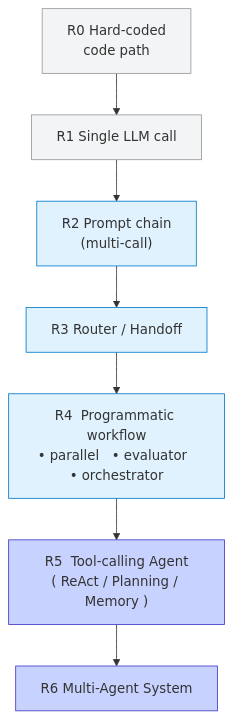
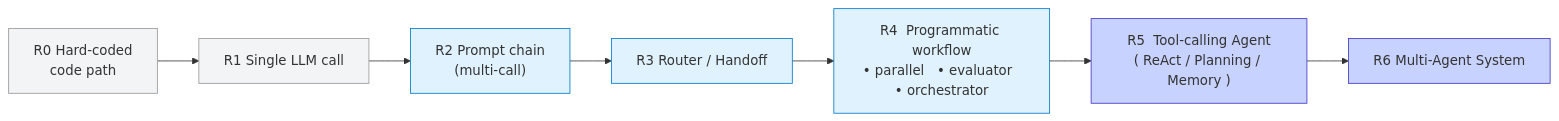
Before and after one commit to langfuse/langfuse-docs: the diagram in pages/academy/02-application-architectures.mdx, drawn with Mermaid. The commit also changed other lines of this file and 3 other files, not shown here.

````diff
--- a/pages/academy/02-application-architectures.mdx
+++ b/pages/academy/02-application-architectures.mdx
@@ -18,18 +17,18 @@
 ```mermaid
-flowchart TD
+flowchart LR
   R0["R0  Hard-coded
   code path"]:::low
   R1["R1  Single LLM call"]:::low
   R2["R2  Prompt chain
   (multi-call)"]:::mid
   R3["R3  Router / Handoff"]:::mid
   R4["R4  Programmatic workflow\n• parallel   • evaluator  • orchestrator"]:::mid
   R5["R5  Tool-calling Agent\n( ReAct / Planning / Memory )"]:::high
   R6["R6  Multi-Agent System"]:::high
 
   R0 --> R1 --> R2 --> R3 --> R4 --> R5 --> R6
 
 classDef low fill:#F3F4F6,stroke:#999;
 classDef mid fill:#E0F2FE,stroke:#007acc;
 classDef high fill:#C7D2FE,stroke:#4338ca;
 ```
````
